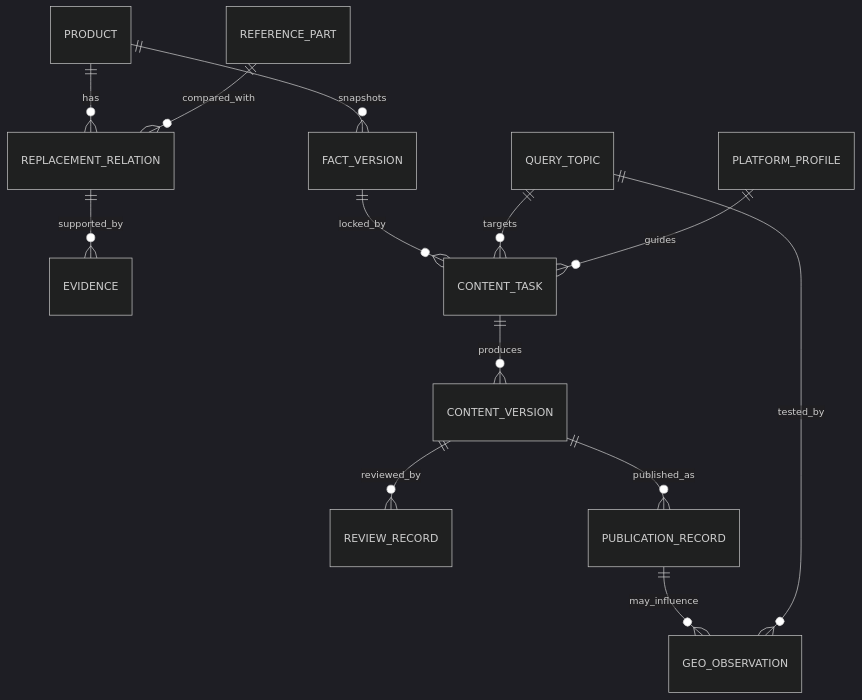
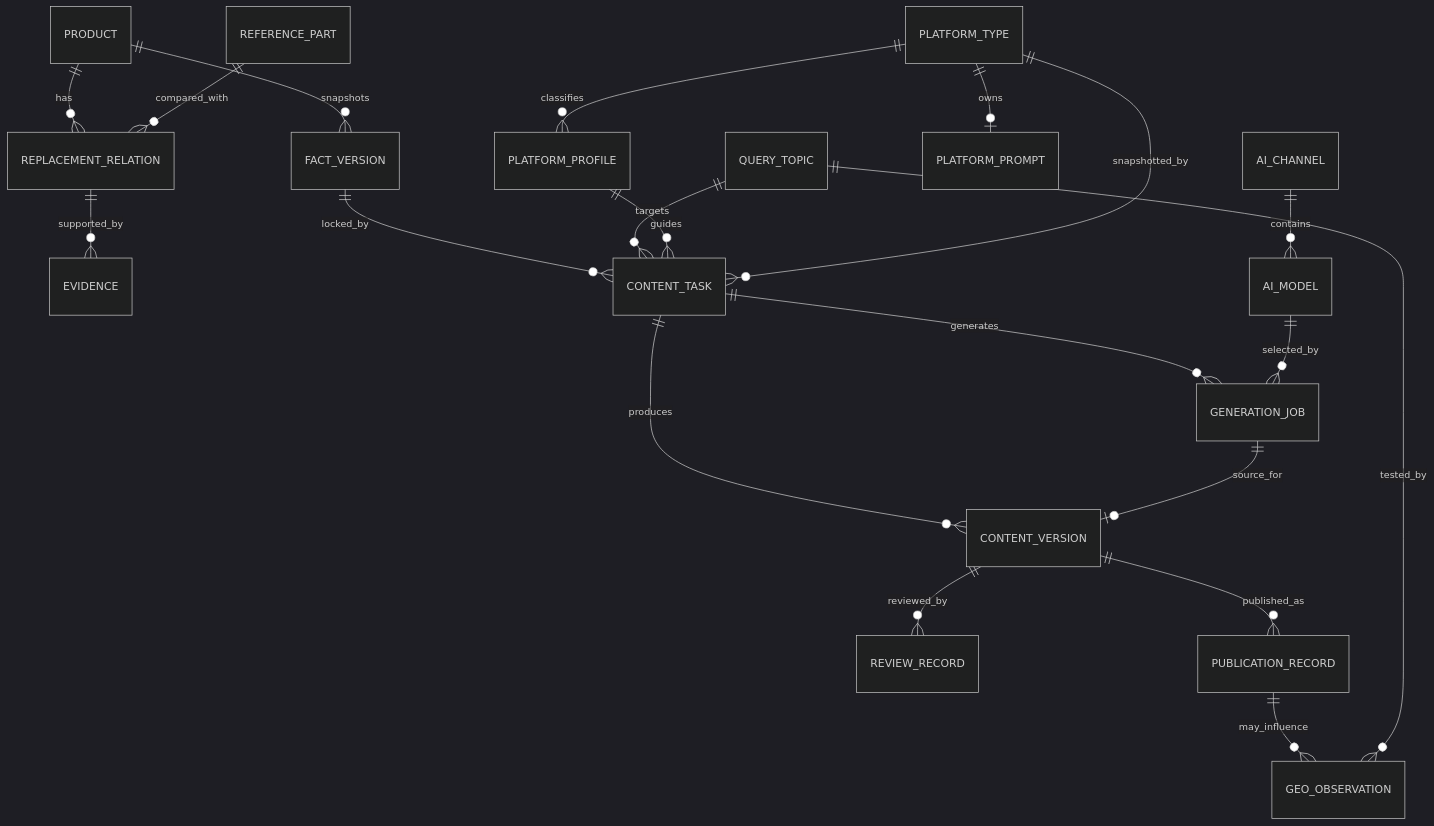
One commit to ccisnoxx/partsignal changed the second of 4 diagrams in docs/GEO多平台内容运营系统方案设计.md. Above: the diagram before and after it, drawn with Mermaid (dark theme). The commit also changed other lines of this file and 56 other files, not shown here.

````diff
--- a/docs/GEO多平台内容运营系统方案设计.md
+++ b/docs/GEO多平台内容运营系统方案设计.md
@@ -194,15 +238,22 @@
 ```mermaid
 erDiagram
     PRODUCT ||--o{ REPLACEMENT_RELATION : has
     REFERENCE_PART ||--o{ REPLACEMENT_RELATION : compared_with
     REPLACEMENT_RELATION ||--o{ EVIDENCE : supported_by
     PRODUCT ||--o{ FACT_VERSION : snapshots
     FACT_VERSION ||--o{ CONTENT_TASK : locked_by
     QUERY_TOPIC ||--o{ CONTENT_TASK : targets
     PLATFORM_PROFILE ||--o{ CONTENT_TASK : guides
+    PLATFORM_TYPE ||--o| PLATFORM_PROMPT : owns
+    PLATFORM_TYPE ||--o{ PLATFORM_PROFILE : classifies
+    PLATFORM_TYPE ||--o{ CONTENT_TASK : snapshotted_by
+    AI_CHANNEL ||--o{ AI_MODEL : contains
     CONTENT_TASK ||--o{ CONTENT_VERSION : produces
+    CONTENT_TASK ||--o{ GENERATION_JOB : generates
+    AI_MODEL ||--o{ GENERATION_JOB : selected_by
+    GENERATION_JOB ||--o| CONTENT_VERSION : source_for
     CONTENT_VERSION ||--o{ REVIEW_RECORD : reviewed_by
     CONTENT_VERSION ||--o{ PUBLICATION_RECORD : published_as
     PUBLICATION_RECORD ||--o{ GEO_OBSERVATION : may_influence
     QUERY_TOPIC ||--o{ GEO_OBSERVATION : tested_by
 ```
````
